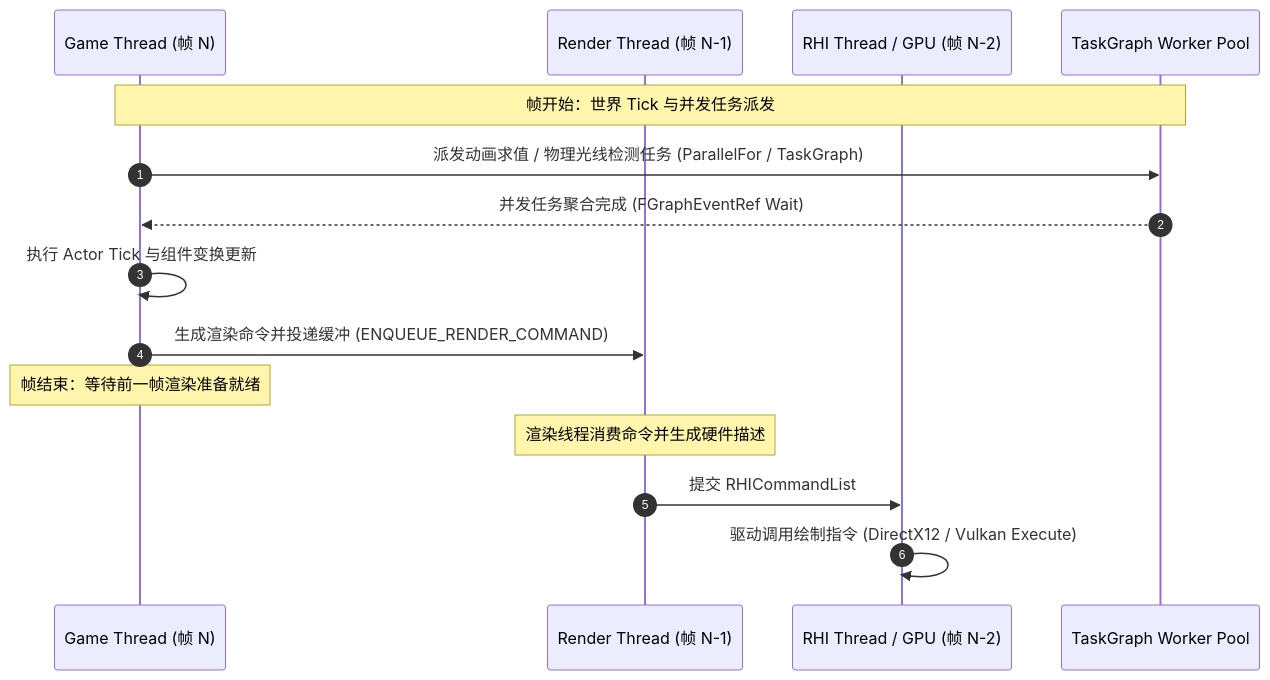
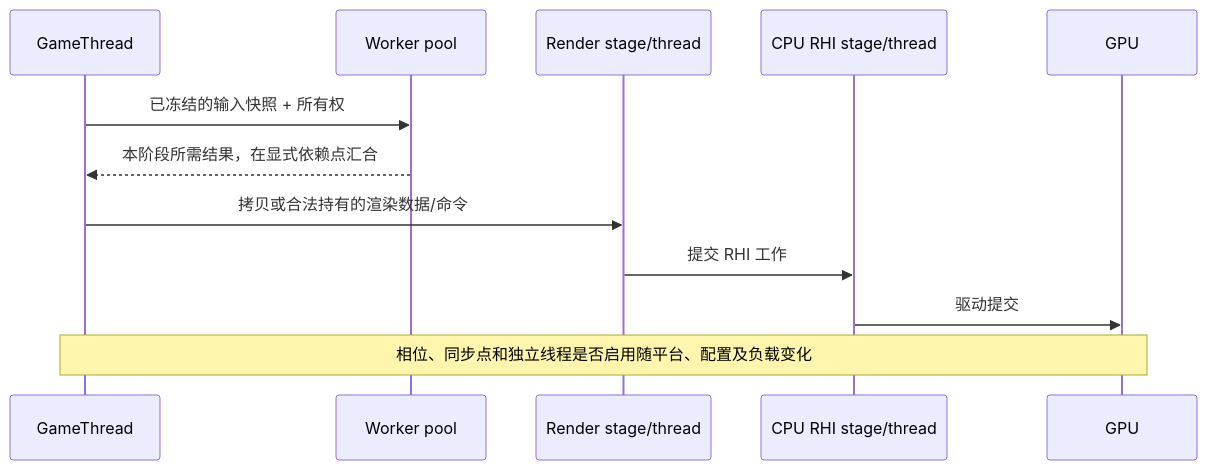
The first of 2 diagrams in 知识/03-引擎架构与资源系统/运行架构与任务调度/11-多线程与任务系统.md (fantuan812/learning), drawn with Mermaid before and after one commit. The commit also changed other lines of this file and 1 other file, not shown here.

````diff
--- a/知识/03-引擎架构与资源系统/运行架构与任务调度/11-多线程与任务系统.md
+++ b/知识/03-引擎架构与资源系统/运行架构与任务调度/11-多线程与任务系统.md
@@ -64,19 +84,14 @@
 ```mermaid
 sequenceDiagram
-    autonumber
-    participant GT as Game Thread (帧 N)
-    participant RT as Render Thread (帧 N-1)
-    participant RHI as RHI Thread / GPU (帧 N-2)
-    participant WT as TaskGraph Worker Pool
-
-    Note over GT,WT: 帧开始：世界 Tick 与并发任务派发
-    GT->>WT: 派发动画求值 / 物理光线检测任务 (ParallelFor / TaskGraph)
-    WT-->>GT: 并发任务聚合完成 (FGraphEventRef Wait)
-    GT->>GT: 执行 Actor Tick 与组件变换更新
-    GT->>RT: 生成渲染命令并投递缓冲 (ENQUEUE_RENDER_COMMAND)
-    Note over GT: 帧结束：等待前一帧渲染准备就绪
-    
-    Note over RT: 渲染线程消费命令并生成硬件描述
-    RT->>RHI: 提交 RHICommandList
-    RHI->>RHI: 驱动调用绘制指令 (DirectX12 / Vulkan Execute)
+    participant GT as GameThread
+    participant WT as Worker pool
+    participant RT as Render stage/thread
+    participant RHI as CPU RHI stage/thread
+    participant GPU as GPU
+    GT->>WT: 已冻结的输入快照 + 所有权
+    WT-->>GT: 本阶段所需结果，在显式依赖点汇合
+    GT->>RT: 拷贝或合法持有的渲染数据/命令
+    RT->>RHI: 提交 RHI 工作
+    RHI->>GPU: 驱动提交
+    Note over GT,GPU: 相位、同步点和独立线程是否启用随平台、配置及负载变化
 ```
````
